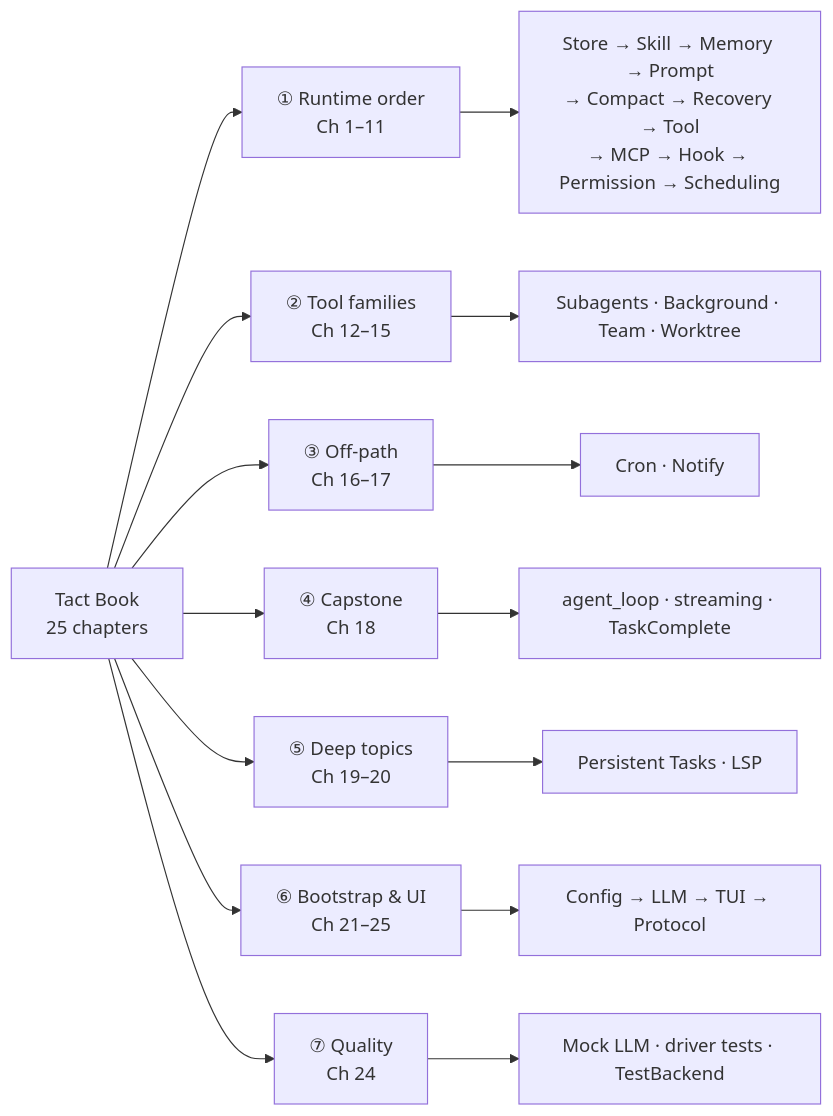
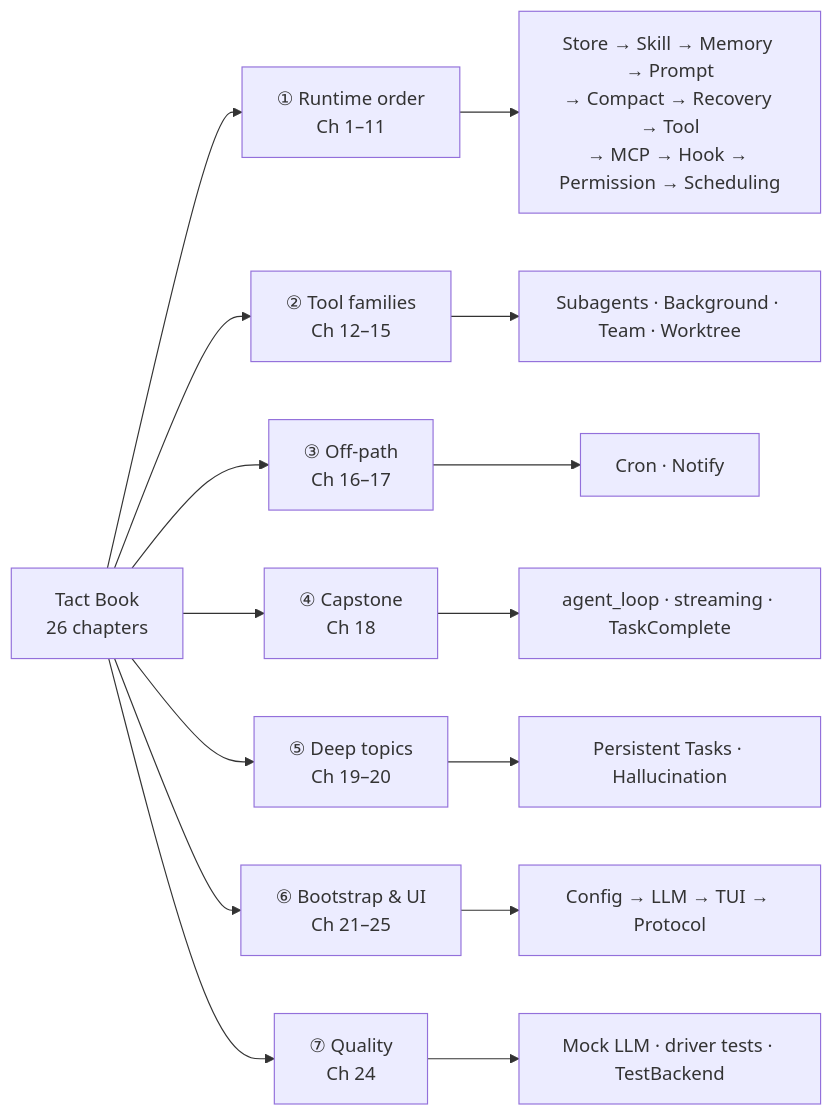
Before and after one commit to rust-infra/tact: the first of 2 diagrams in book/mindmap.md, drawn with Mermaid. The commit also changed other lines of this file and 26 other files, not shown here.

````diff
--- a/book/mindmap.md
+++ b/book/mindmap.md
@@ -27,20 +27,20 @@
 ```mermaid
 flowchart LR
-    ROOT["Tact Book<br/>25 chapters"]
+    ROOT["Tact Book<br/>26 chapters"]
 
     ROOT --> B1 & B2 & B3 & B4 & B5 & B6 & B7
 
     B1["① Runtime order<br/>Ch 1–11"] --> D1["Store → Skill → Memory → Prompt<br/>→ Compact → Recovery → Tool<br/>→ MCP → Hook → Permission → Scheduling"]
 
     B2["② Tool families<br/>Ch 12–15"] --> D2["Subagents · Background · Team · Worktree"]
 
     B3["③ Off-path<br/>Ch 16–17"] --> D3["Cron · Notify"]
 
     B4["④ Capstone<br/>Ch 18"] --> D4["agent_loop · streaming · TaskComplete"]
 
-    B5["⑤ Deep topics<br/>Ch 19–20"] --> D5["Persistent Tasks · LSP"]
+    B5["⑤ Deep topics<br/>Ch 19–20"] --> D5["Persistent Tasks · Hallucination"]
 
     B6["⑥ Bootstrap & UI<br/>Ch 21–25"] --> D6["Config → LLM → TUI → Protocol"]
 
     B7["⑦ Quality<br/>Ch 24"] --> D7["Mock LLM · driver tests · TestBackend"]
 ```
````
